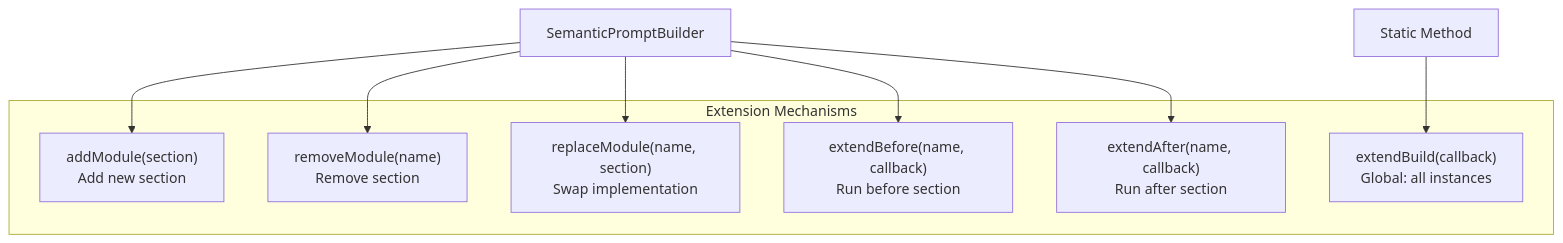
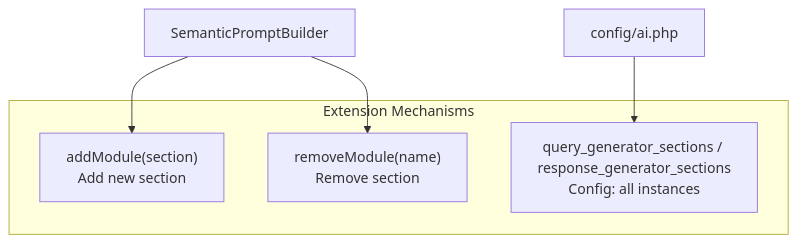
The third of 5 diagrams in resources/docs/1.0/chat/module-pipeline.md (condoedge/AI), drawn with Mermaid before and after one commit. The commit also changed other lines of this file and 786 other files, not shown here.

````diff
--- a/resources/docs/1.0/chat/module-pipeline.md
+++ b/resources/docs/1.0/chat/module-pipeline.md
@@ -415,18 +353,12 @@
 ```mermaid
 flowchart TD
     subgraph Extensions["Extension Mechanisms"]
         EXT1["addModule(section)<br/>Add new section"]
         EXT2["removeModule(name)<br/>Remove section"]
-        EXT3["replaceModule(name, section)<br/>Swap implementation"]
-        EXT4["extendBefore(name, callback)<br/>Run before section"]
-        EXT5["extendAfter(name, callback)<br/>Run after section"]
-        EXT6["extendBuild(callback)<br/>Global: all instances"]
+        EXT3["query_generator_sections / response_generator_sections<br/>Config: all instances"]
     end
 
     BUILDER[SemanticPromptBuilder] --> EXT1
     BUILDER --> EXT2
-    BUILDER --> EXT3
-    BUILDER --> EXT4
-    BUILDER --> EXT5
-    STATIC[Static Method] --> EXT6
+    CONFIG[config/ai.php] --> EXT3
 ```
````
